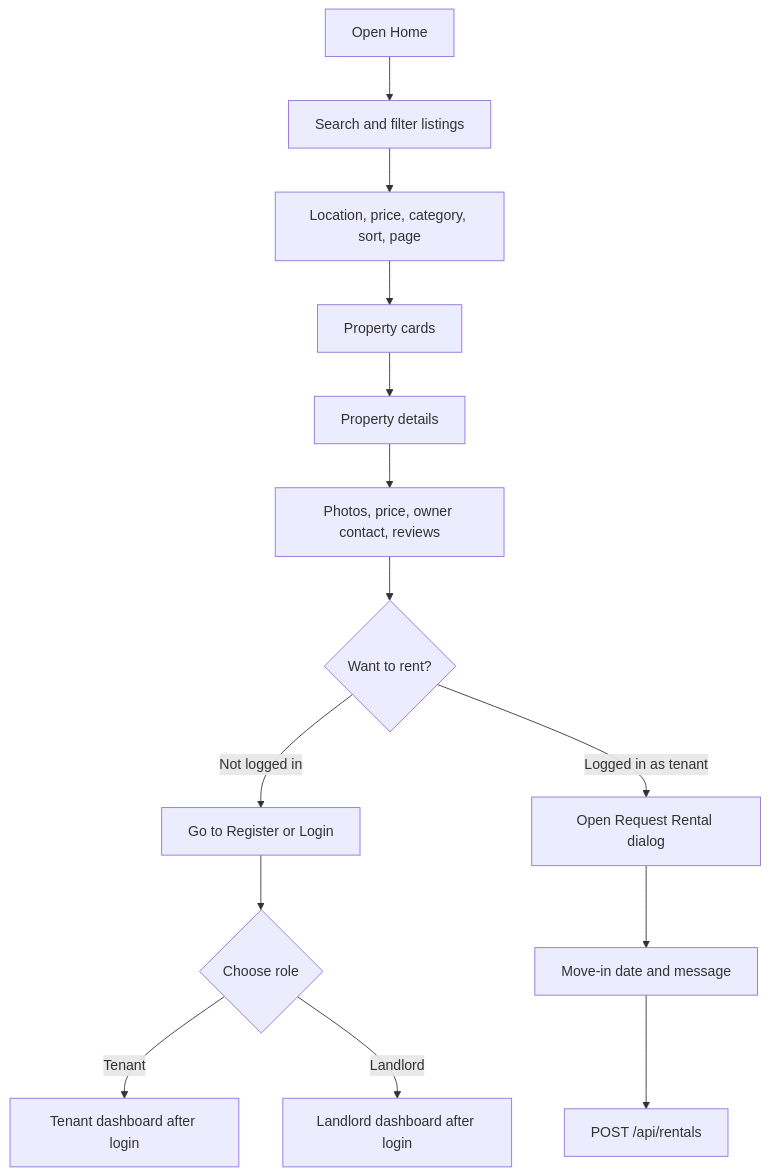
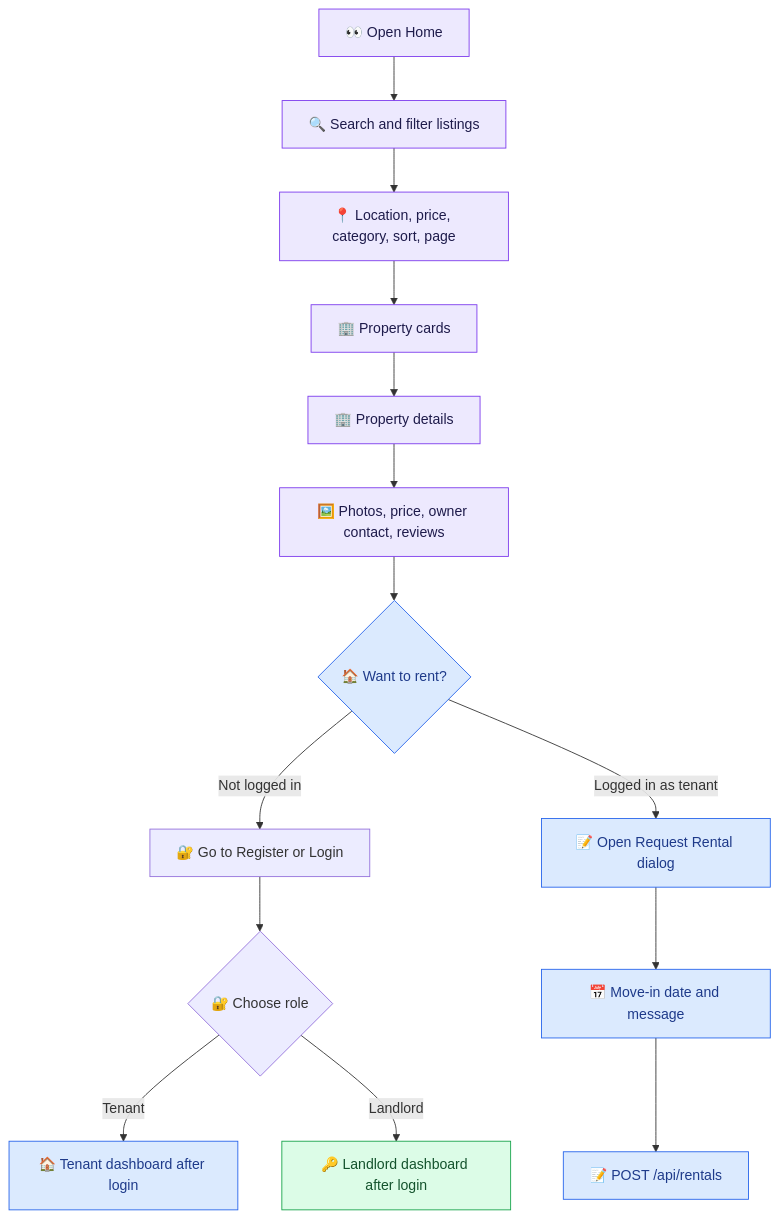
One commit to kaziashik/rentnest_frontend- changed the third of 12 diagrams in RentNest-full-workflow.md. Above: the diagram before and after it, drawn with Mermaid. The commit also changed other lines of this file, not shown here.

````diff
--- a/RentNest-full-workflow.md
+++ b/RentNest-full-workflow.md
@@ -73,16 +105,23 @@
 ```mermaid
 flowchart TD
-    A[Open Home] --> B[Search and filter listings]
-    B --> C["Location, price, category, sort, page"]
-    C --> D[Property cards]
-    D --> E[Property details]
-    E --> F[Photos, price, owner contact, reviews]
-    F --> G{Want to rent?}
-    G -- Not logged in --> H[Go to Register or Login]
-    G -- Logged in as tenant --> I[Open Request Rental dialog]
-    I --> J[Move-in date and message]
-    J --> K["POST /api/rentals"]
-    H --> L{Choose role}
-    L -- Tenant --> M[Tenant dashboard after login]
-    L -- Landlord --> N[Landlord dashboard after login]
+    A["👀 Open Home"] --> B["🔍 Search and filter listings"]
+    B --> C["📍 Location, price, category, sort, page"]
+    C --> D["🏢 Property cards"]
+    D --> E["🏢 Property details"]
+    E --> F["🖼️ Photos, price, owner contact, reviews"]
+    F --> G{"🏠 Want to rent?"}
+    G -- Not logged in --> H["🔐 Go to Register or Login"]
+    G -- Logged in as tenant --> I["📝 Open Request Rental dialog"]
+    I --> J["📅 Move-in date and message"]
+    J --> K["📝 POST /api/rentals"]
+    H --> L{"🔐 Choose role"}
+    L -- Tenant --> M["🏠 Tenant dashboard after login"]
+    L -- Landlord --> N["🔑 Landlord dashboard after login"]
+
+    classDef visitor fill:#ede9fe,stroke:#7c3aed,color:#1e1b4b
+    classDef tenant fill:#dbeafe,stroke:#2563eb,color:#1e3a8a
+    classDef landlord fill:#dcfce7,stroke:#16a34a,color:#14532d
+    class A,B,C,D,E,F visitor
+    class G,I,J,K,M tenant
+    class N landlord
 ```
````
